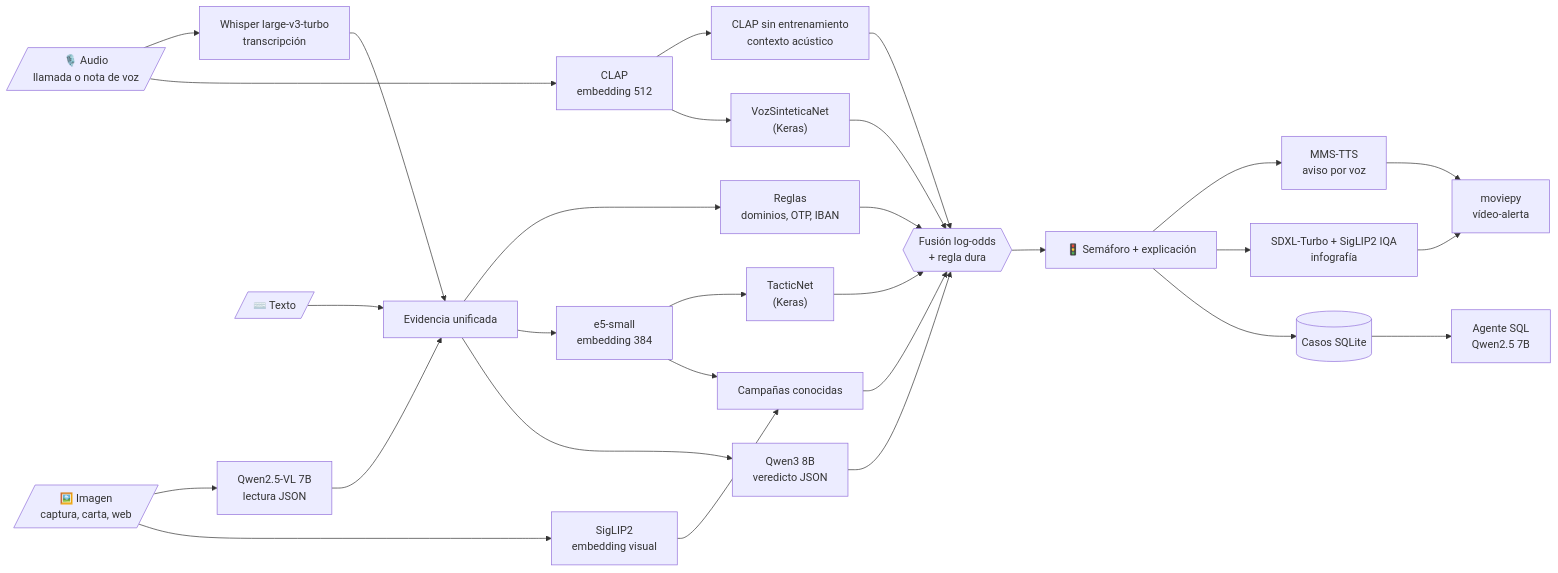
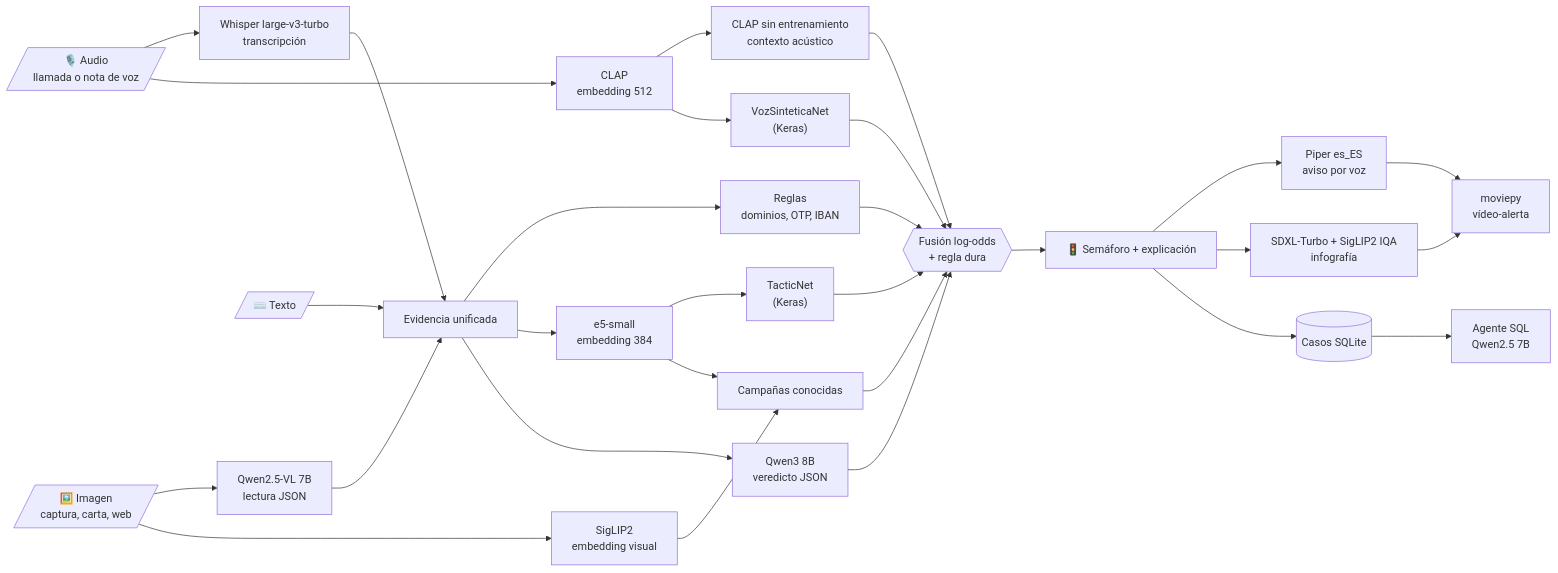
Before and after one commit to ALBERELVIS/Taller-Multimodales: the second of 2 diagrams in docs/arquitectura.md, drawn with Mermaid. The commit also changed other lines of this file and 33 other files, not shown here.

````diff
--- a/docs/arquitectura.md
+++ b/docs/arquitectura.md
@@ -56,25 +56,25 @@
 ```mermaid
 flowchart LR
   A[/"🎙️ Audio<br/>llamada o nota de voz"/] --> W["Whisper large-v3-turbo<br/>transcripción"]
   A --> CL["CLAP<br/>embedding 512"]
   CL --> ZS["CLAP sin entrenamiento<br/>contexto acústico"]
   CL --> VS["VozSinteticaNet<br/>(Keras)"]
   I[/"🖼️ Imagen<br/>captura, carta, web"/] --> VL["Qwen2.5-VL 7B<br/>lectura JSON"]
   I --> SG["SigLIP2<br/>embedding visual"]
   T[/"⌨️ Texto"/] --> EV
   W --> EV["Evidencia unificada"]
   VL --> EV
   EV --> RX["Reglas<br/>dominios, OTP, IBAN"]
   EV --> E5["e5-small<br/>embedding 384"]
   E5 --> TN["TacticNet<br/>(Keras)"]
   E5 --> CP["Campañas conocidas"]
   SG --> CP
   EV --> Q3["Qwen3 8B<br/>veredicto JSON"]
   RX & TN & CP & Q3 & VS & ZS --> FU{{"Fusión log-odds<br/>+ regla dura"}}
   FU --> S["🚦 Semáforo + explicación"]
-  S --> TTS["MMS-TTS<br/>aviso por voz"]
+  S --> TTS["Piper es_ES<br/>aviso por voz"]
   S --> SD["SDXL-Turbo + SigLIP2 IQA<br/>infografía"]
   TTS & SD --> MV["moviepy<br/>vídeo-alerta"]
   S --> DB[("Casos SQLite")]
   DB --> AG["Agente SQL<br/>Qwen2.5 7B"]
 ```
````
